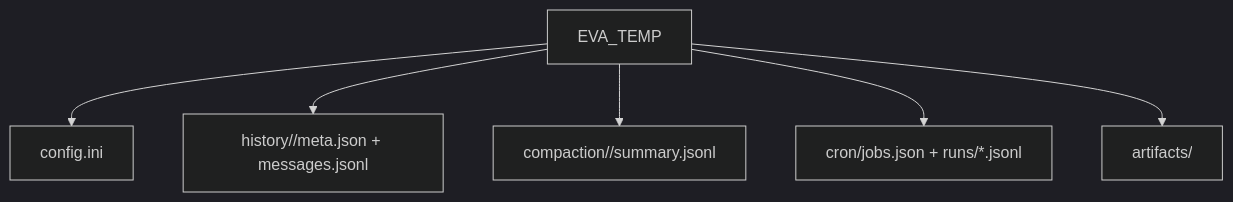
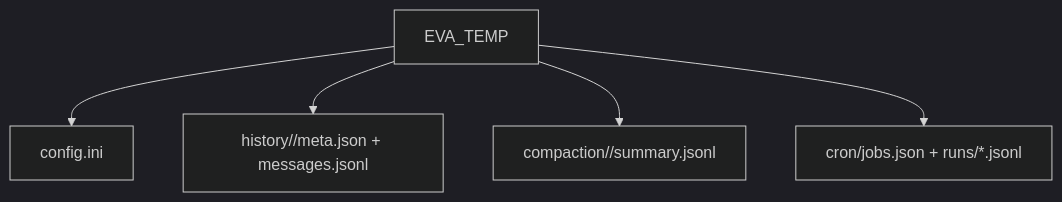
The sixth of 7 diagrams in docs/机体架构设计.md (ylsdamxssjxxdd/eva), drawn with Mermaid (dark theme) before and after one commit. The commit also changed other lines of this file and 6 other files, not shown here.

````diff
--- a/docs/机体架构设计.md
+++ b/docs/机体架构设计.md
@@ -217,9 +135,8 @@
 ```mermaid
 flowchart TB
   T[EVA_TEMP]
   T --> C[config.ini]
   T --> H[history/<sessionId>/meta.json + messages.jsonl]
   T --> P[compaction/<sessionId>/summary.jsonl]
   T --> R[cron/jobs.json + runs/*.jsonl]
-  T --> A[artifacts/]
 ```
````
